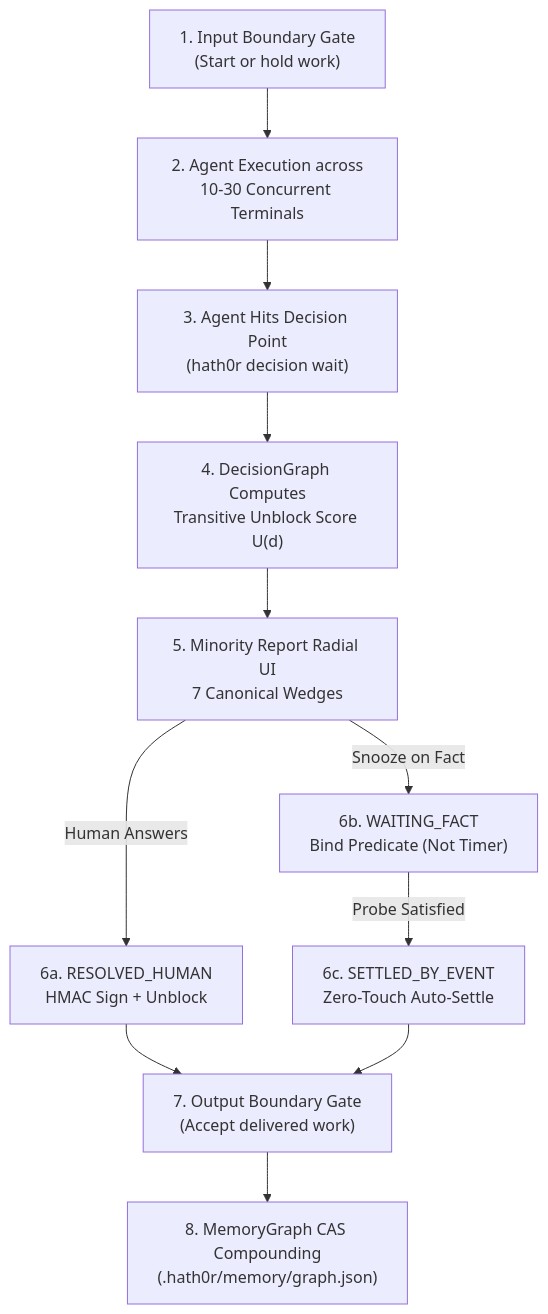
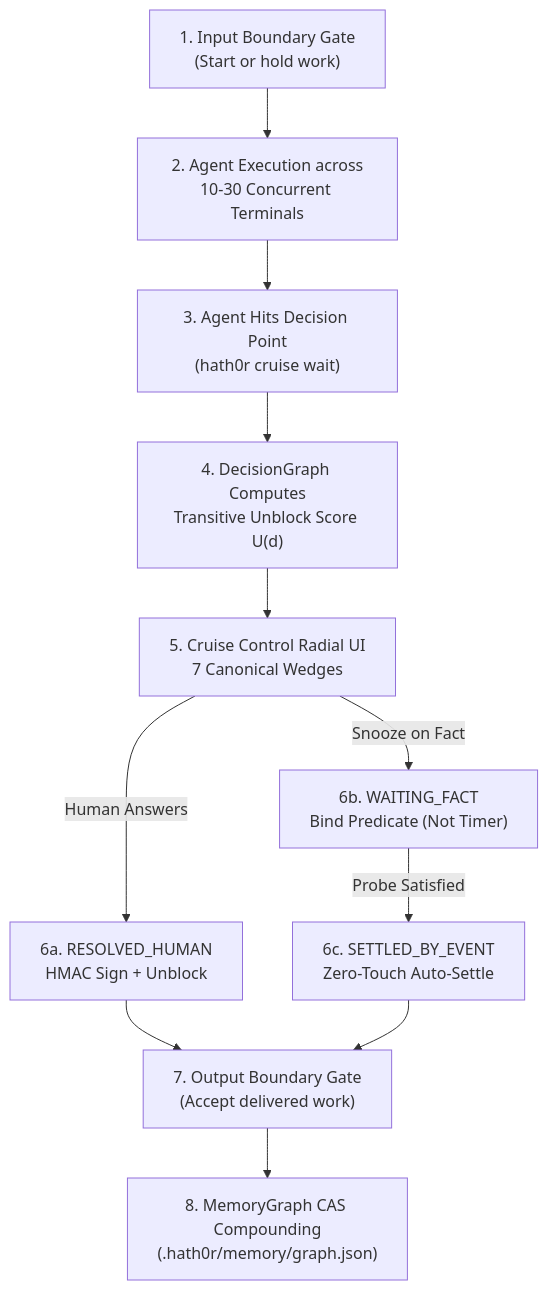
One commit to Bayly-AI/HATH0R-CLI changed the diagram in docs/governance/workflows/decision-radar-workflow.md. Above: the diagram before and after it, drawn with Mermaid. The commit also changed other lines of this file and 23 other files, not shown here.

Commit message:
feat(cruise): rename feature to Cruise Control and add hath0r cruise CLI alias (#508) (#509)

````diff
--- a/docs/governance/workflows/decision-radar-workflow.md
+++ b/docs/governance/workflows/decision-radar-workflow.md
@@ -10,13 +10,13 @@
 ```mermaid
 flowchart TD
     InGate["1. Input Boundary Gate\n(Start or hold work)"] --> Exec["2. Agent Execution across\n10-30 Concurrent Terminals"]
-    Exec --> Blocked["3. Agent Hits Decision Point\n(hath0r decision wait)"]
+    Exec --> Blocked["3. Agent Hits Decision Point\n(hath0r cruise wait)"]
     Blocked --> Graph["4. DecisionGraph Computes\nTransitive Unblock Score U(d)"]
-    Graph --> Radar["5. Minority Report Radial UI\n7 Canonical Wedges"]
+    Graph --> Radar["5. Cruise Control Radial UI\n7 Canonical Wedges"]
     Radar -->|Human Answers| Resolve["6a. RESOLVED_HUMAN\nHMAC Sign + Unblock"]
     Radar -->|Snooze on Fact| FactWait["6b. WAITING_FACT\nBind Predicate (Not Timer)"]
     FactWait -->|Probe Satisfied| AutoSettle["6c. SETTLED_BY_EVENT\nZero-Touch Auto-Settle"]
     Resolve --> OutGate["7. Output Boundary Gate\n(Accept delivered work)"]
     AutoSettle --> OutGate
     OutGate --> Compound["8. MemoryGraph CAS Compounding\n(.hath0r/memory/graph.json)"]
 ```
````
